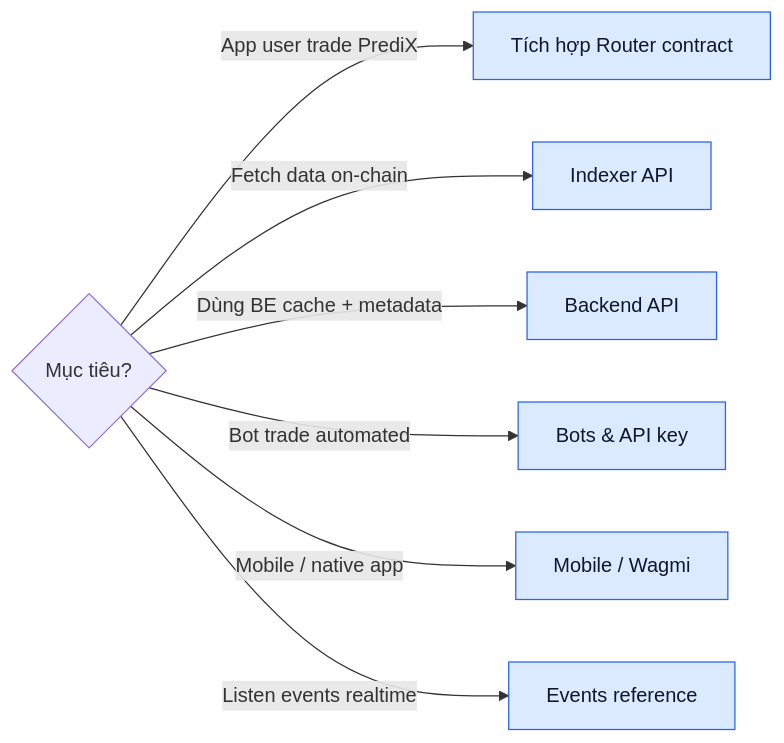
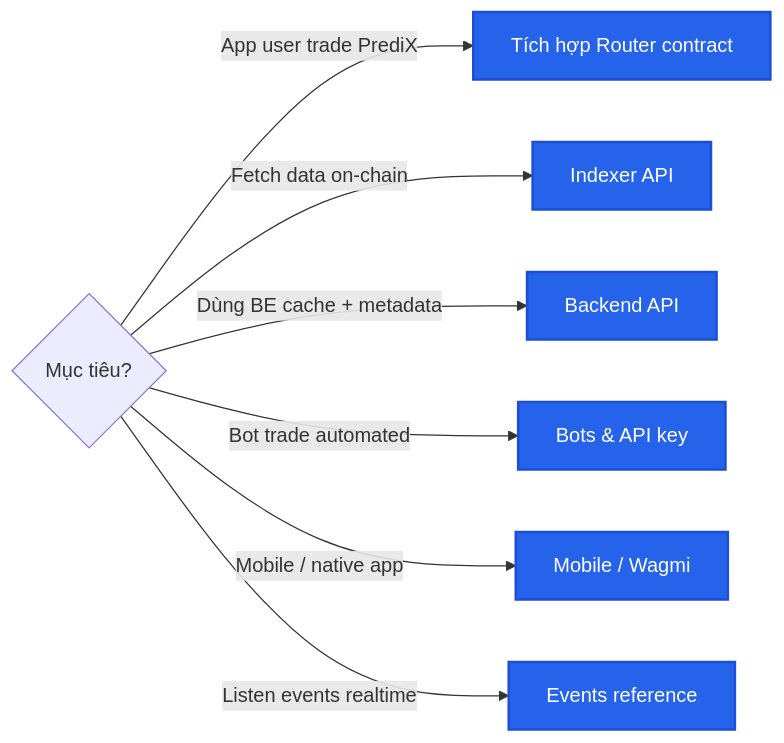
Before and after one commit to PrediX-Protocol/predix-docs: the diagram in vi_v6/developers/README.md, drawn with Mermaid. The commit also changed 32 other files, not shown here.

First line of the commit message:
docs(vi_v6): redesign Mermaid theme — solid mid-tone palette + dark theme

````diff
--- a/vi_v6/developers/README.md
+++ b/vi_v6/developers/README.md
@@ -7,13 +7,13 @@
 ```mermaid
 flowchart LR
     Goal{Mục tiêu?}
     Goal -->|App user trade PrediX| R[Tích hợp Router contract]
     Goal -->|Fetch data on-chain| I[Indexer API]
     Goal -->|Dùng BE cache + metadata| BE[Backend API]
     Goal -->|Bot trade automated| BO[Bots & API key]
     Goal -->|Mobile / native app| M[Mobile / Wagmi]
     Goal -->|Listen events realtime| EV[Events reference]
 
-    classDef opt fill:#dbeafe,stroke:#2563eb,color:#0f172a
+    classDef opt fill:#2563eb,stroke:#1d4ed8,color:#fff,stroke-width:2px
     class R,I,BE,BO,M,EV opt
 ```
````
